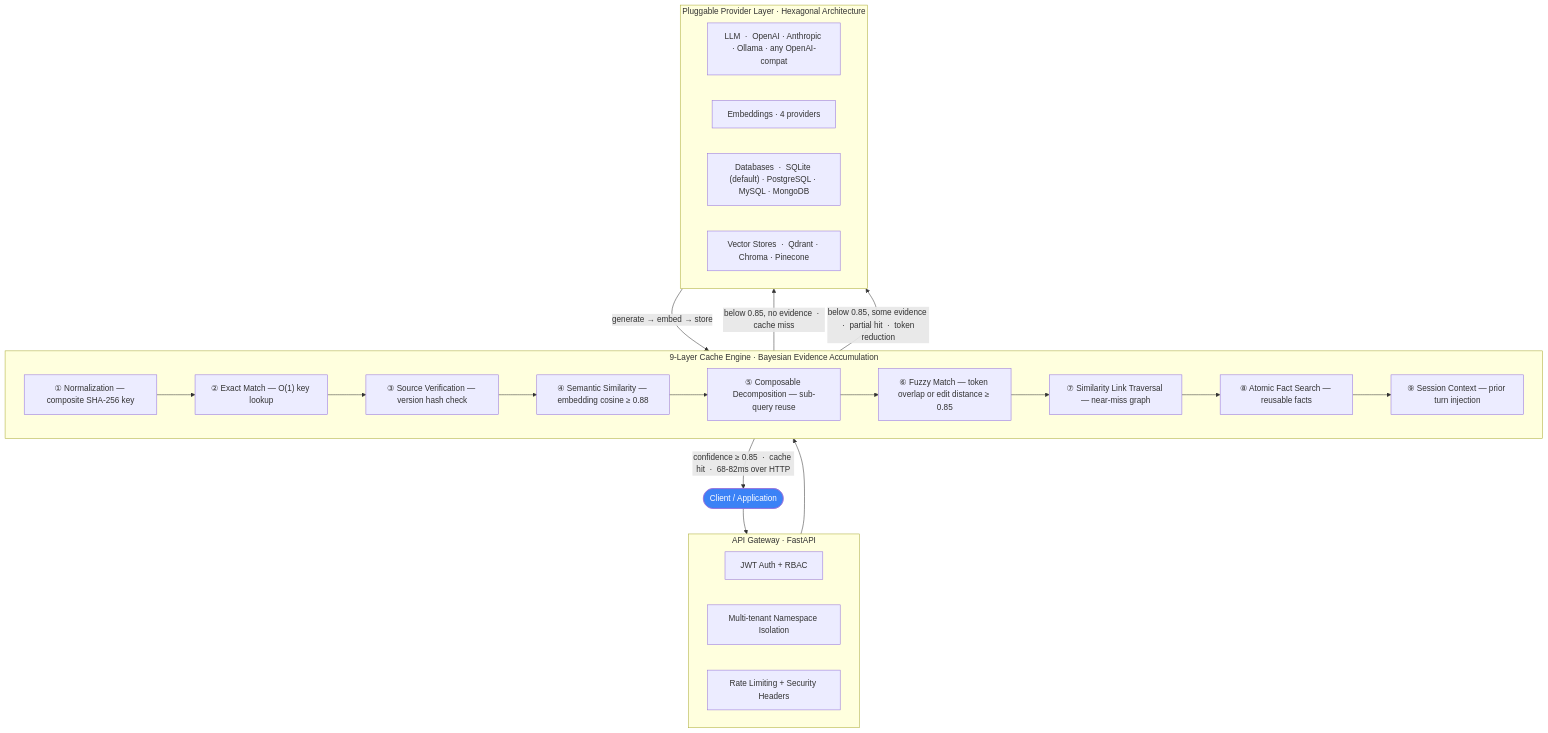
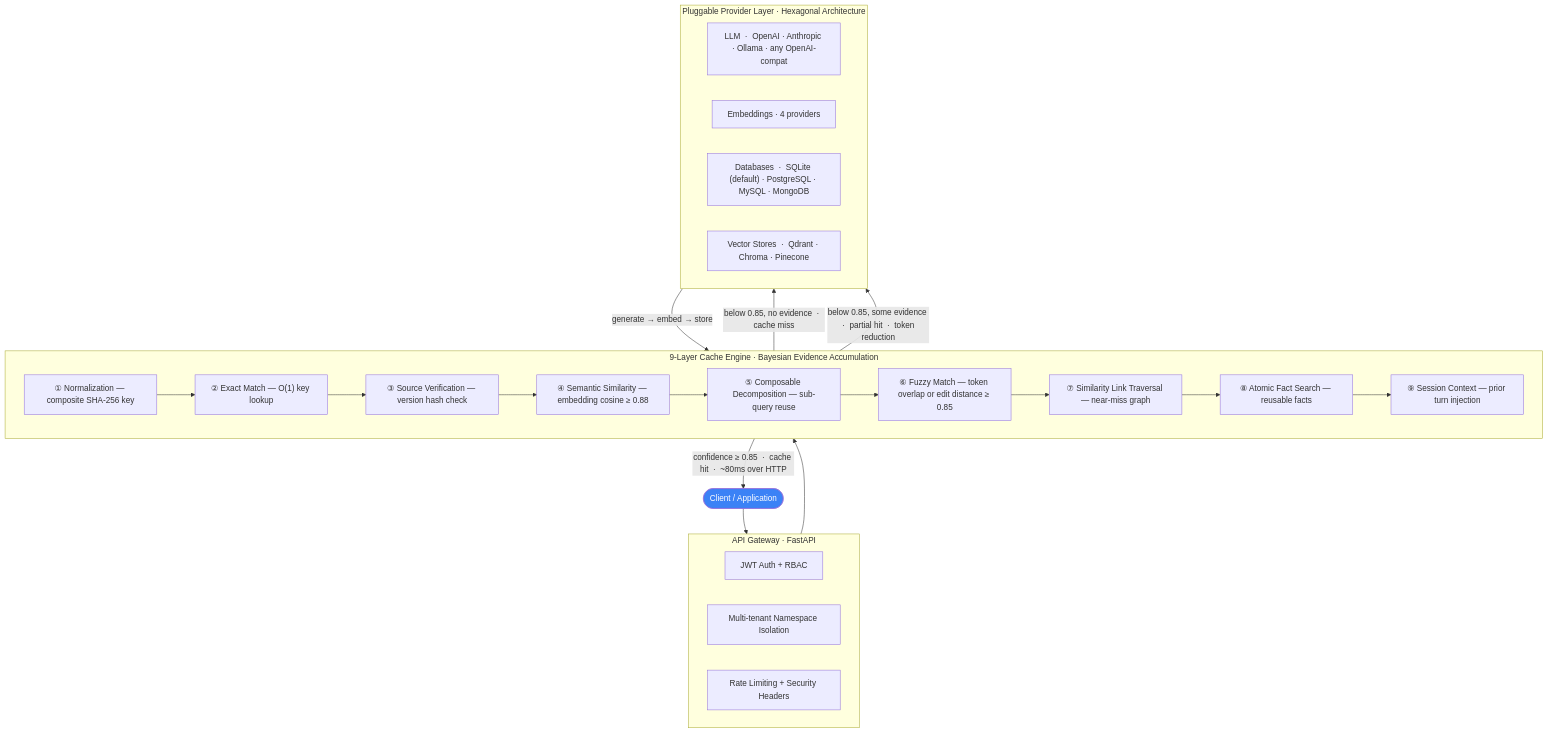
The diagram in README.md (DeepanjayNandal/bitmod), drawn with Mermaid before and after one commit. The commit also changed other lines of this file and 3 other files, not shown here.

````diff
--- a/README.md
+++ b/README.md
@@ -75,38 +86,38 @@
 ```mermaid
 flowchart TD
     A(["Client / Application"])
 
     subgraph gw ["API Gateway  ·  FastAPI"]
         G1["JWT Auth + RBAC"]
         G2["Multi-tenant Namespace Isolation"]
         G3["Rate Limiting + Security Headers"]
     end
 
     subgraph ce ["9-Layer Cache Engine  ·  Bayesian Evidence Accumulation"]
         C0["① Normalization — composite SHA-256 key"]
         C1["② Exact Match — O(1) key lookup"]
         C2["③ Source Verification — version hash check"]
         C3["④ Semantic Similarity — embedding cosine ≥ 0.88"]
         C4["⑤ Composable Decomposition — sub-query reuse"]
         C5["⑥ Fuzzy Match — token overlap or edit distance ≥ 0.85"]
         C6["⑦ Similarity Link Traversal — near-miss graph"]
         C7["⑧ Atomic Fact Search — reusable facts"]
         C8["⑨ Session Context — prior turn injection"]
         C0 --> C1 --> C2 --> C3 --> C4 --> C5 --> C6 --> C7 --> C8
     end
 
     subgraph p ["Pluggable Provider Layer  ·  Hexagonal Architecture"]
         P1["LLM  ·  OpenAI · Anthropic · Ollama · any OpenAI-compat"]
         P2["Embeddings  ·  4 providers"]
         P3["Databases  ·  SQLite (default) · PostgreSQL · MySQL · MongoDB"]
         P4["Vector Stores  ·  Qdrant · Chroma · Pinecone"]
     end
 
     A --> gw --> ce
-    ce -->|"confidence ≥ 0.85  ·  cache hit  ·  68-82ms over HTTP" | A
+    ce -->|"confidence ≥ 0.85  ·  cache hit  ·  ~80ms over HTTP" | A
     ce -->|"below 0.85, no evidence  ·  cache miss"| p
     ce -->|"below 0.85, some evidence  ·  partial hit  ·  token reduction"| p
     p -->|"generate → embed → store"| ce
 
     style A fill:#3b82f6,color:#fff
 ```
````
